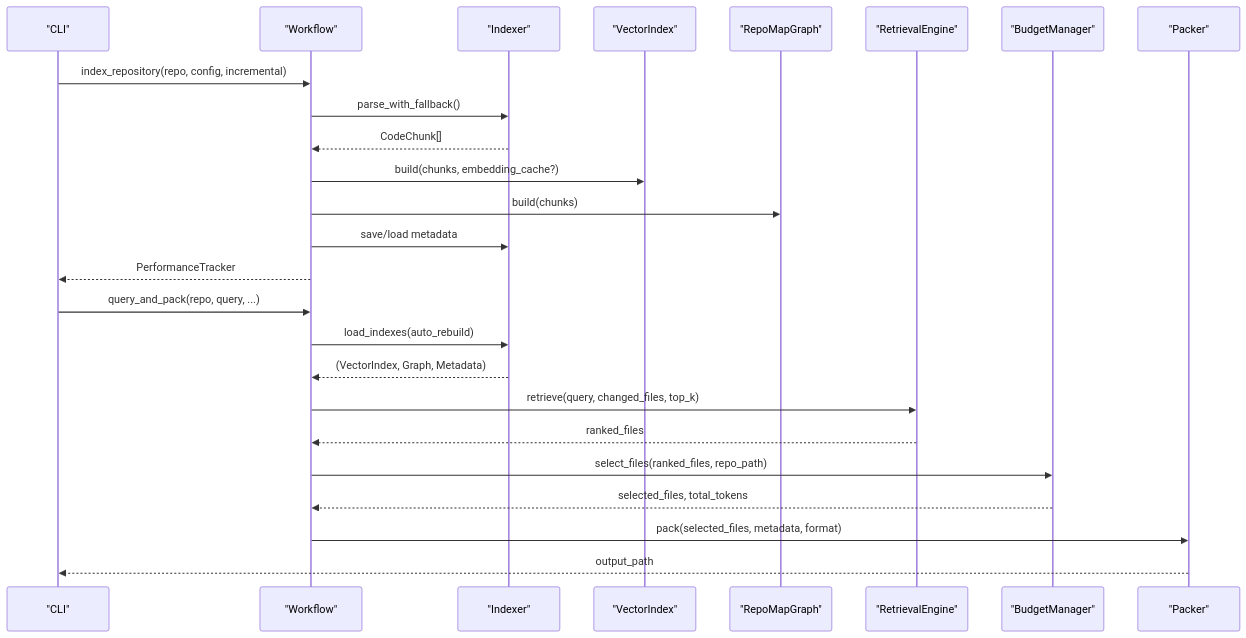
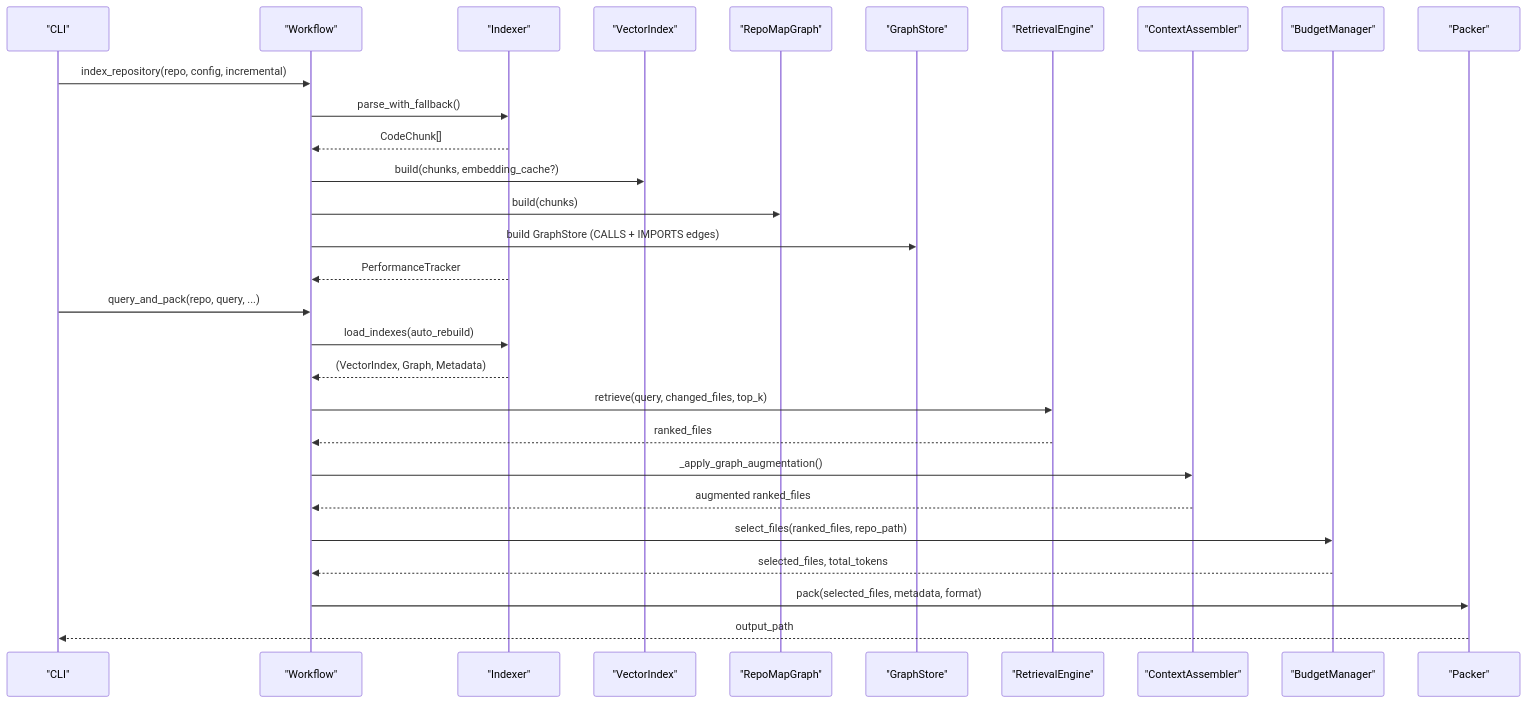
Before and after one commit to maemreyo/zmr-ctx-paker: the second of 12 diagrams in .qoder/repowiki/en/content/Core Modules/Workflow Engine/Workflow Engine.md, drawn with Mermaid. The commit also changed other lines of this file and 25 other files, not shown here.

````diff
--- a/.qoder/repowiki/en/content/Core Modules/Workflow Engine/Workflow Engine.md
+++ b/.qoder/repowiki/en/content/Core Modules/Workflow Engine/Workflow Engine.md
@@ -122,27 +145,31 @@
 ```mermaid
 sequenceDiagram
 participant CLI as "CLI"
 participant WF as "Workflow"
 participant IDX as "Indexer"
 participant VEC as "VectorIndex"
 participant GR as "RepoMapGraph"
+participant GS as "GraphStore"
 participant RET as "RetrievalEngine"
+participant CA as "ContextAssembler"
 participant BGT as "BudgetManager"
 participant PKR as "Packer"
 CLI->>WF : index_repository(repo, config, incremental)
 WF->>IDX : parse_with_fallback()
 IDX-->>WF : CodeChunk[]
 WF->>VEC : build(chunks, embedding_cache?)
 WF->>GR : build(chunks)
-WF->>IDX : save/load metadata
-WF-->>CLI : PerformanceTracker
+WF->>GS : build GraphStore (CALLS + IMPORTS edges)
+IDX-->>WF : PerformanceTracker
 CLI->>WF : query_and_pack(repo, query, ...)
 WF->>IDX : load_indexes(auto_rebuild)
 IDX-->>WF : (VectorIndex, Graph, Metadata)
 WF->>RET : retrieve(query, changed_files, top_k)
 RET-->>WF : ranked_files
+WF->>CA : _apply_graph_augmentation()
+CA-->>WF : augmented ranked_files
 WF->>BGT : select_files(ranked_files, repo_path)
 BGT-->>WF : selected_files, total_tokens
 WF->>PKR : pack(selected_files, metadata, format)
 PKR-->>CLI : output_path
 ```
````
